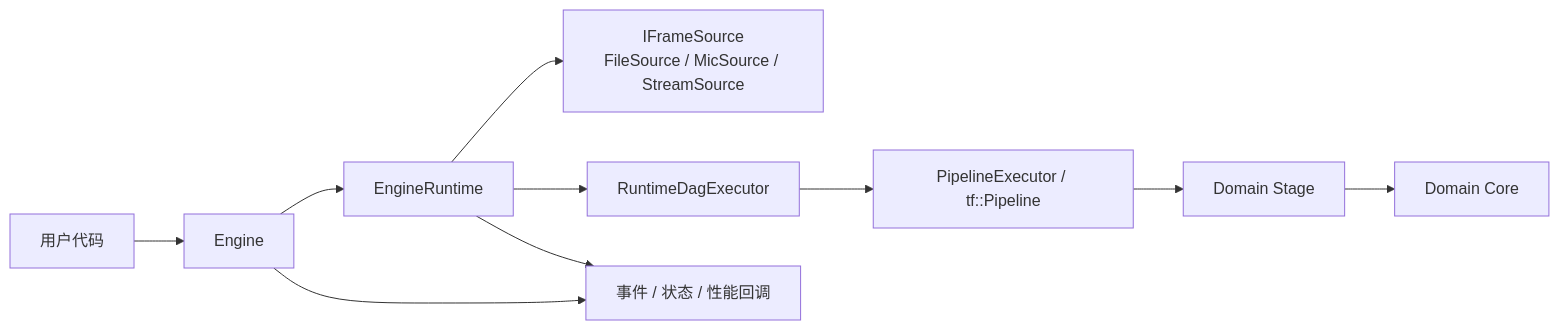
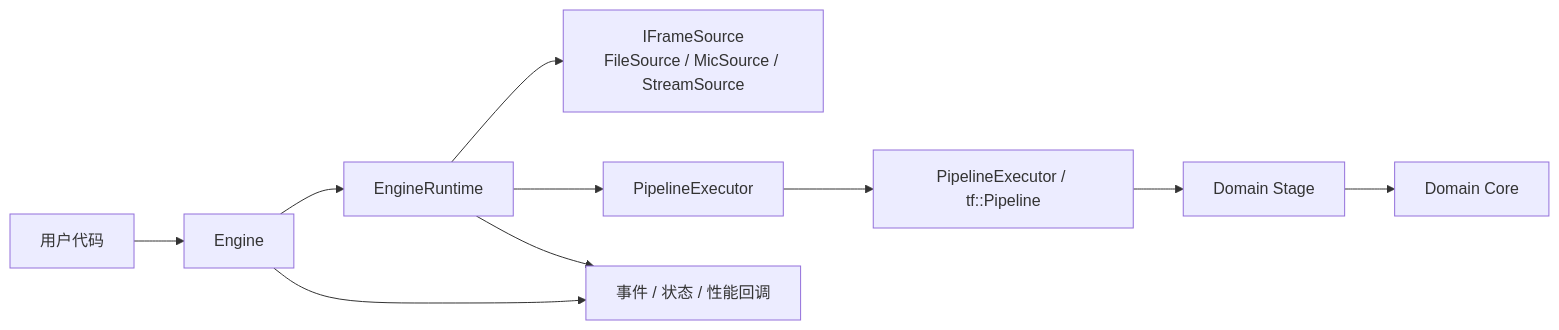
The first of 7 diagrams in doc/design.md (eagle-yw/Yspeech), drawn with Mermaid before and after one commit. The commit also changed other lines of this file and 15 other files, not shown here.

First line of the commit message:
refactor(runtime): unify execution architecture by removing RuntimeDagExecutor

````diff
--- a/doc/design.md
+++ b/doc/design.md
@@ -13,22 +13,22 @@
 ```mermaid
 flowchart LR
     user[用户代码]
     engine[Engine]
     runtime[EngineRuntime]
     source[IFrameSource<br/>FileSource / MicSource / StreamSource]
-    dag[RuntimeDagExecutor]
+    dag[PipelineExecutor]
     pipe[PipelineExecutor / tf::Pipeline]
     stage[Domain Stage]
     core[Domain Core]
     callback[事件 / 状态 / 性能回调]
 
     user --> engine
     engine --> runtime
     runtime --> source
     runtime --> dag
     dag --> pipe
     pipe --> stage
     stage --> core
     runtime --> callback
     engine --> callback
 ```
````
